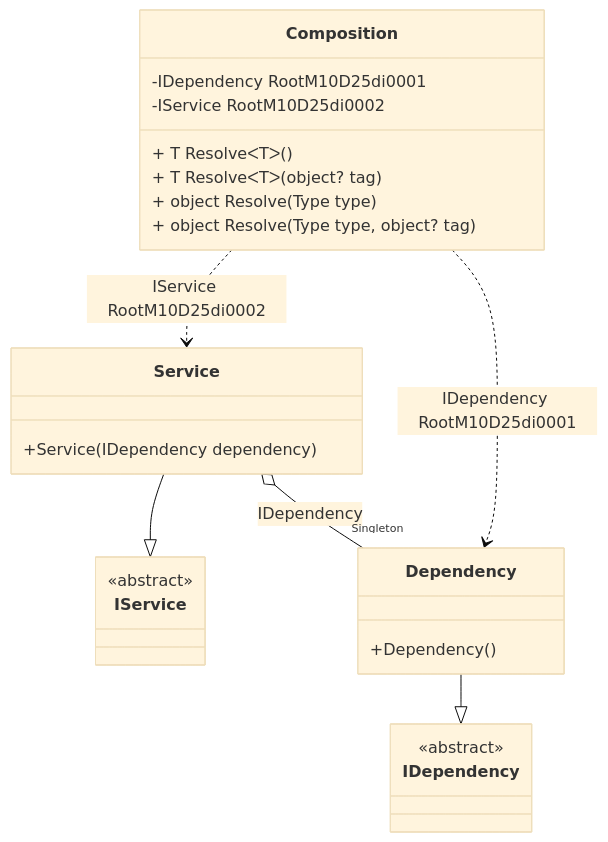
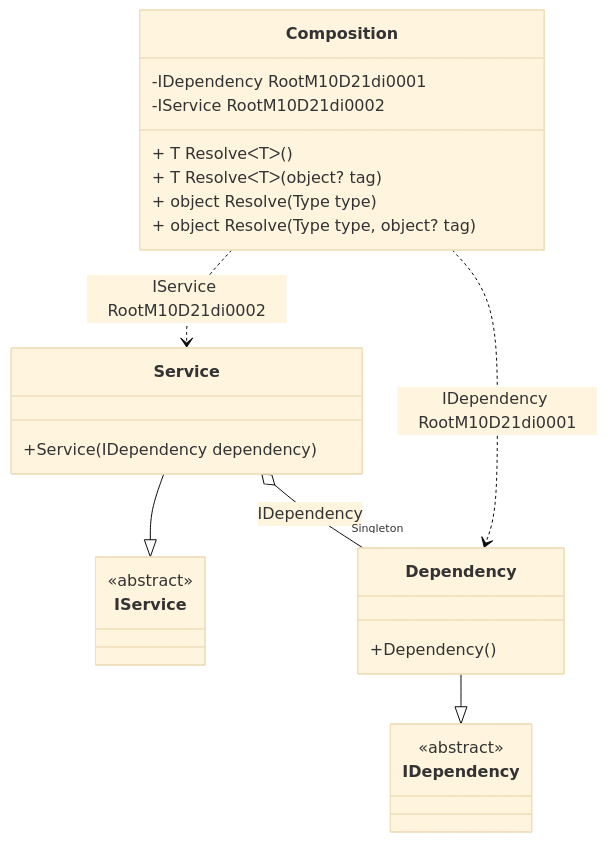
Before and after one commit to DevTeam/Pure.DI: the diagram in readme/service-collection.md, drawn with Mermaid (base theme). The commit also changed other lines of this file and 82 other files, not shown here.

````diff
--- a/readme/service-collection.md
+++ b/readme/service-collection.md
@@ -50,28 +50,28 @@
 ```mermaid
 classDiagram
   class Composition {
-    -IDependency RootM10D25di0001
-    -IService RootM10D25di0002
+    -IDependency RootM10D21di0001
+    -IService RootM10D21di0002
     + T ResolveᐸTᐳ()
     + T ResolveᐸTᐳ(object? tag)
     + object Resolve(Type type)
     + object Resolve(Type type, object? tag)
   }
   Service --|> IService : 
   class Service {
     +Service(IDependency dependency)
   }
   Dependency --|> IDependency : 
   class Dependency {
     +Dependency()
   }
   class IService {
     <<abstract>>
   }
   class IDependency {
     <<abstract>>
   }
   Service o--  "Singleton" Dependency : IDependency
-  Composition ..> Dependency : IDependency RootM10D25di0001
-  Composition ..> Service : IService RootM10D25di0002
+  Composition ..> Dependency : IDependency RootM10D21di0001
+  Composition ..> Service : IService RootM10D21di0002
 ```
````
